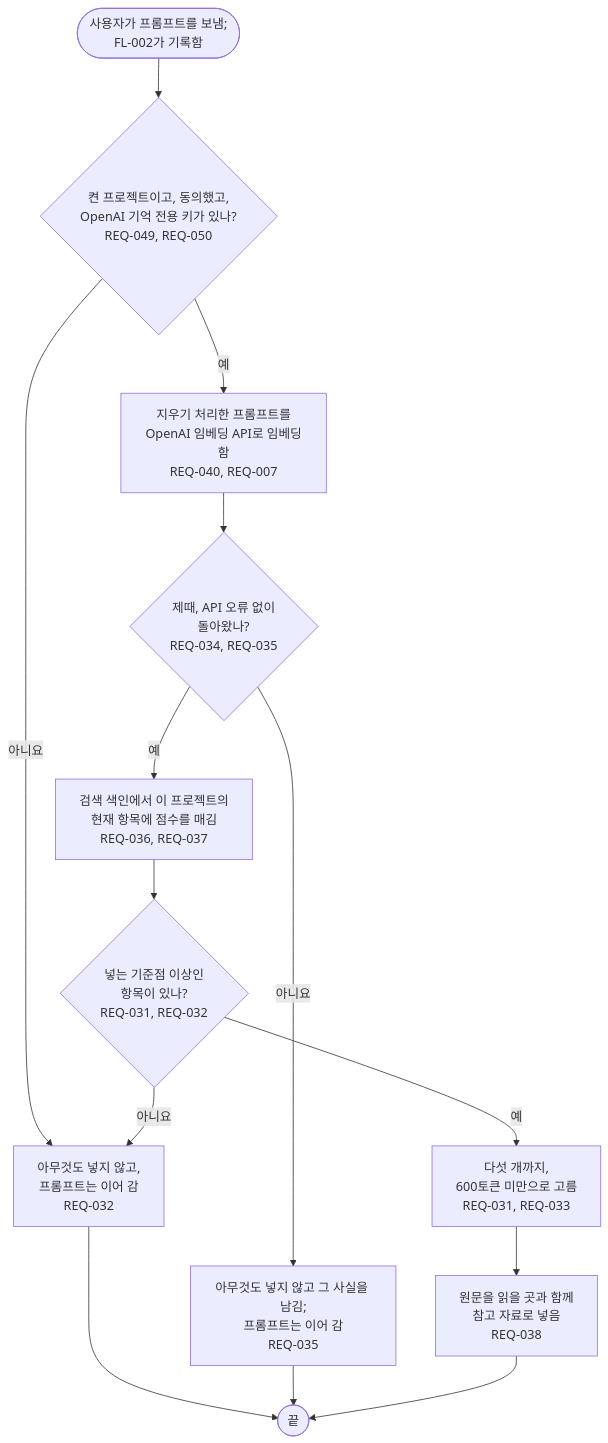
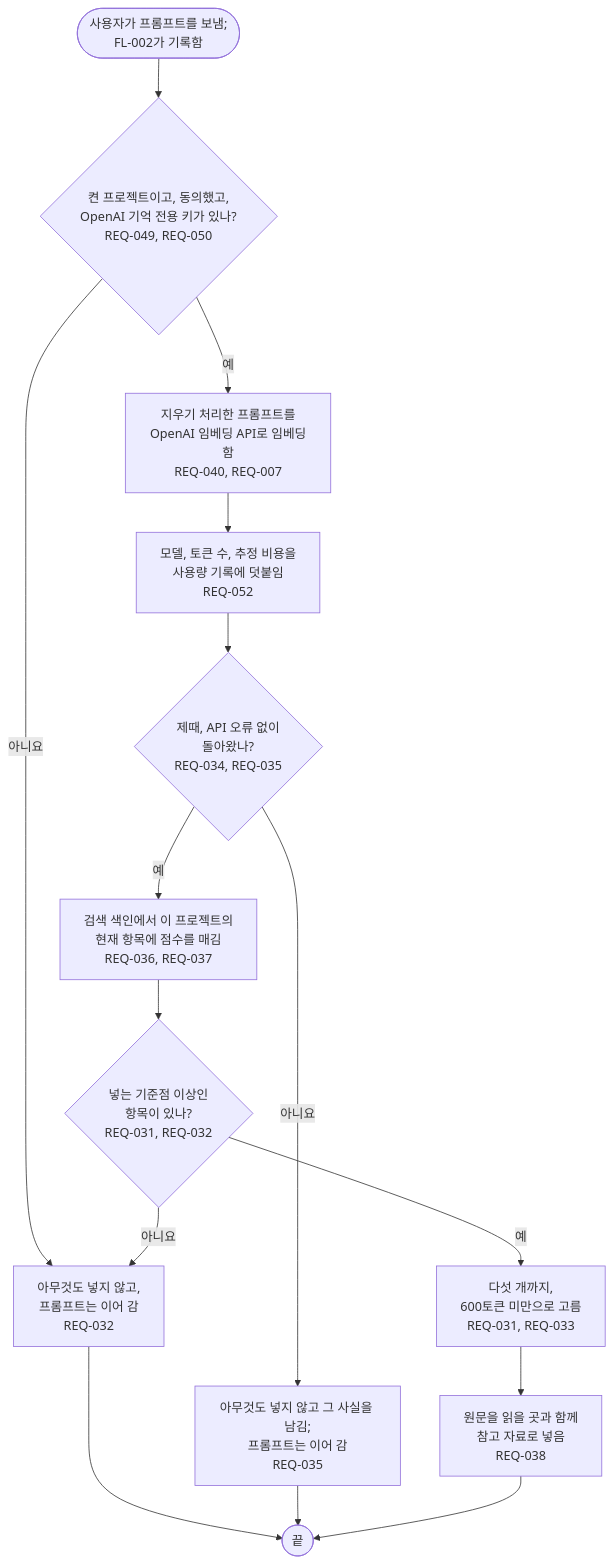
One commit to kodonghui/corthex changed the diagram in docs/03-user-flow/memory/FL-004-recall-for-a-prompt.ko.md. Above: the diagram before and after it, drawn with Mermaid. The commit also changed other lines of this file and 11 other files, not shown here.

First line of the commit message:
docs: log embedding calls and keep checked quotes in the memory flows

````diff
--- a/docs/03-user-flow/memory/FL-004-recall-for-a-prompt.ko.md
+++ b/docs/03-user-flow/memory/FL-004-recall-for-a-prompt.ko.md
@@ -9,16 +9,17 @@
 ```mermaid
 flowchart TD
   A(["사용자가 프롬프트를 보냄;<br/>FL-002가 기록함"]) --> B{"켠 프로젝트이고, 동의했고,<br/>OpenAI 기억 전용 키가 있나?<br/>REQ-049, REQ-050"}
   B -->|아니요| N["아무것도 넣지 않고,<br/>프롬프트는 이어 감<br/>REQ-032"]
   N --> Z(["끝"])
   B -->|예| C["지우기 처리한 프롬프트를<br/>OpenAI 임베딩 API로 임베딩함<br/>REQ-040, REQ-007"]
-  C --> D{"제때, API 오류 없이<br/>돌아왔나?<br/>REQ-034, REQ-035"}
+  C --> U["모델, 토큰 수, 추정 비용을<br/>사용량 기록에 덧붙임<br/>REQ-052"]
+  U --> D{"제때, API 오류 없이<br/>돌아왔나?<br/>REQ-034, REQ-035"}
   D -->|아니요| T["아무것도 넣지 않고 그 사실을 남김;<br/>프롬프트는 이어 감<br/>REQ-035"]
   T --> Z
   D -->|예| E["검색 색인에서 이 프로젝트의<br/>현재 항목에 점수를 매김<br/>REQ-036, REQ-037"]
   E --> F{"넣는 기준점 이상인<br/>항목이 있나?<br/>REQ-031, REQ-032"}
   F -->|아니요| N
   F -->|예| G["다섯 개까지,<br/>600토큰 미만으로 고름<br/>REQ-031, REQ-033"]
   G --> H["원문을 읽을 곳과 함께<br/>참고 자료로 넣음<br/>REQ-038"]
   H --> Z
 ```
````
